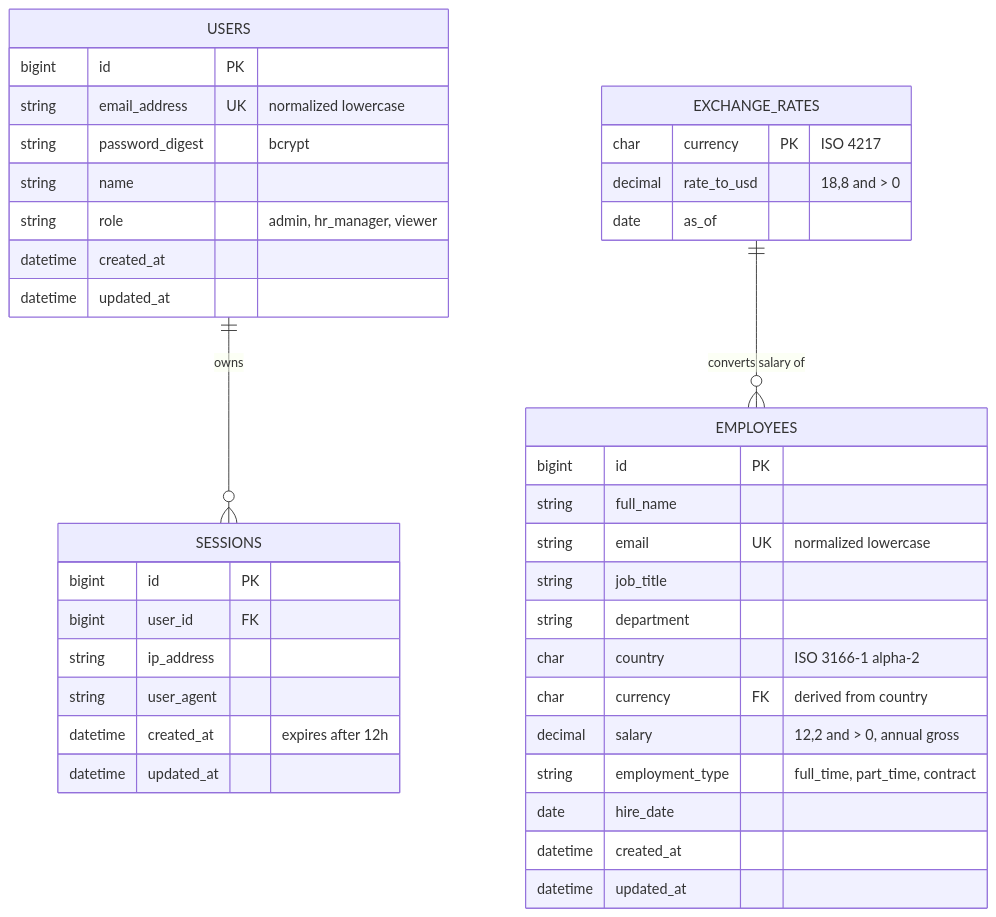
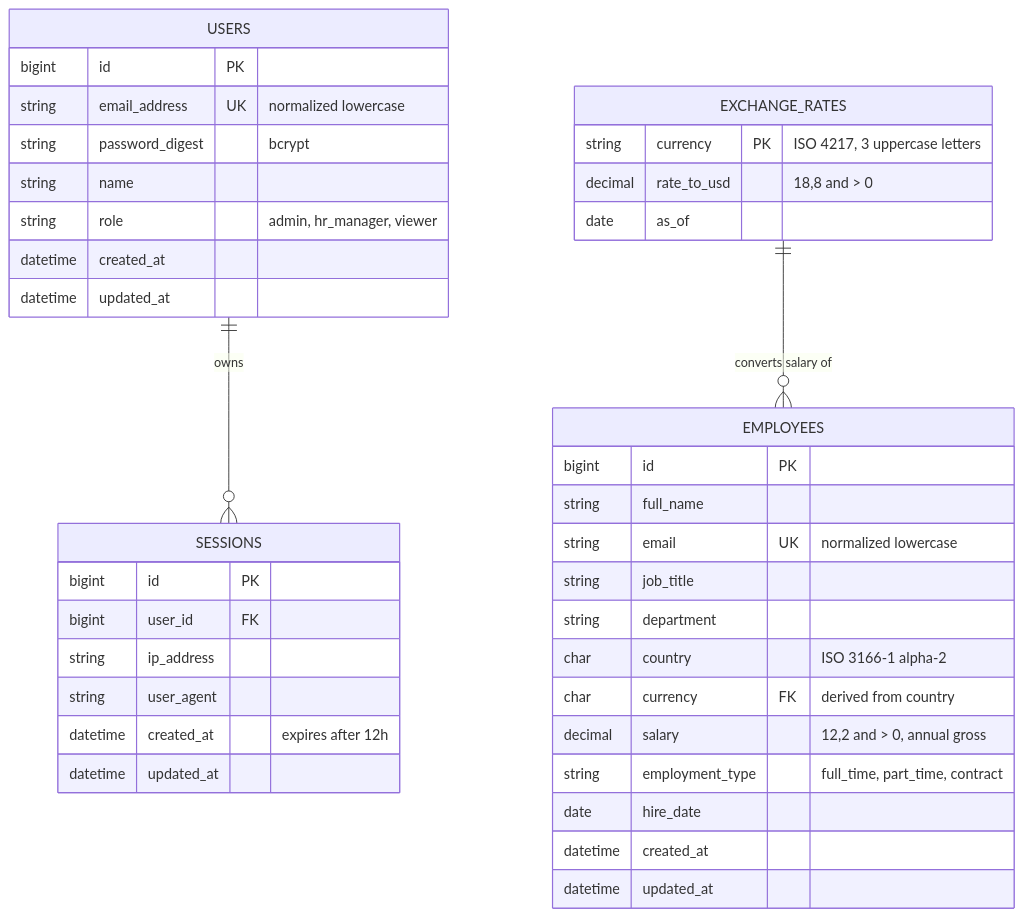
One commit to sujay-gavhane/salary-management changed the fourth of 9 diagrams in docs/ARCHITECTURE.md. Above: the diagram before and after it, drawn with Mermaid. The commit also changed 1 other file, not shown here.

Commit message:
updated Architecture Doc and Design Doc

````diff
--- a/docs/ARCHITECTURE.md
+++ b/docs/ARCHITECTURE.md
@@ -103,45 +103,45 @@
 ```mermaid
 erDiagram
     USERS ||--o{ SESSIONS : "owns"
     EXCHANGE_RATES ||--o{ EMPLOYEES : "converts salary of"
 
     USERS {
         bigint id PK
         string email_address UK "normalized lowercase"
         string password_digest "bcrypt"
         string name
         string role "admin, hr_manager, viewer"
         datetime created_at
         datetime updated_at
     }
 
     SESSIONS {
         bigint id PK
         bigint user_id FK
         string ip_address
         string user_agent
         datetime created_at "expires after 12h"
         datetime updated_at
     }
 
     EXCHANGE_RATES {
-        char currency PK "ISO 4217"
+        string currency PK "ISO 4217, 3 uppercase letters"
         decimal rate_to_usd "18,8 and > 0"
         date as_of
     }
 
     EMPLOYEES {
         bigint id PK
         string full_name
         string email UK "normalized lowercase"
         string job_title
         string department
         char country "ISO 3166-1 alpha-2"
         char currency FK "derived from country"
         decimal salary "12,2 and > 0, annual gross"
         string employment_type "full_time, part_time, contract"
         date hire_date
         datetime created_at
         datetime updated_at
     }
 ```
````
